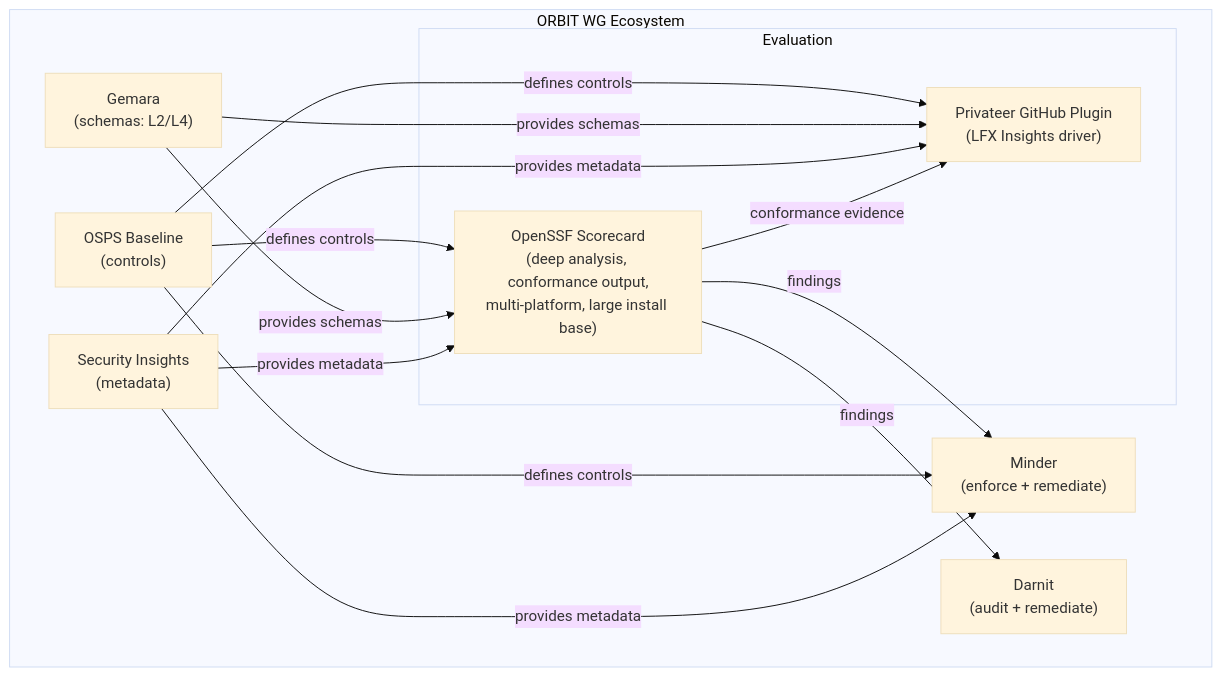
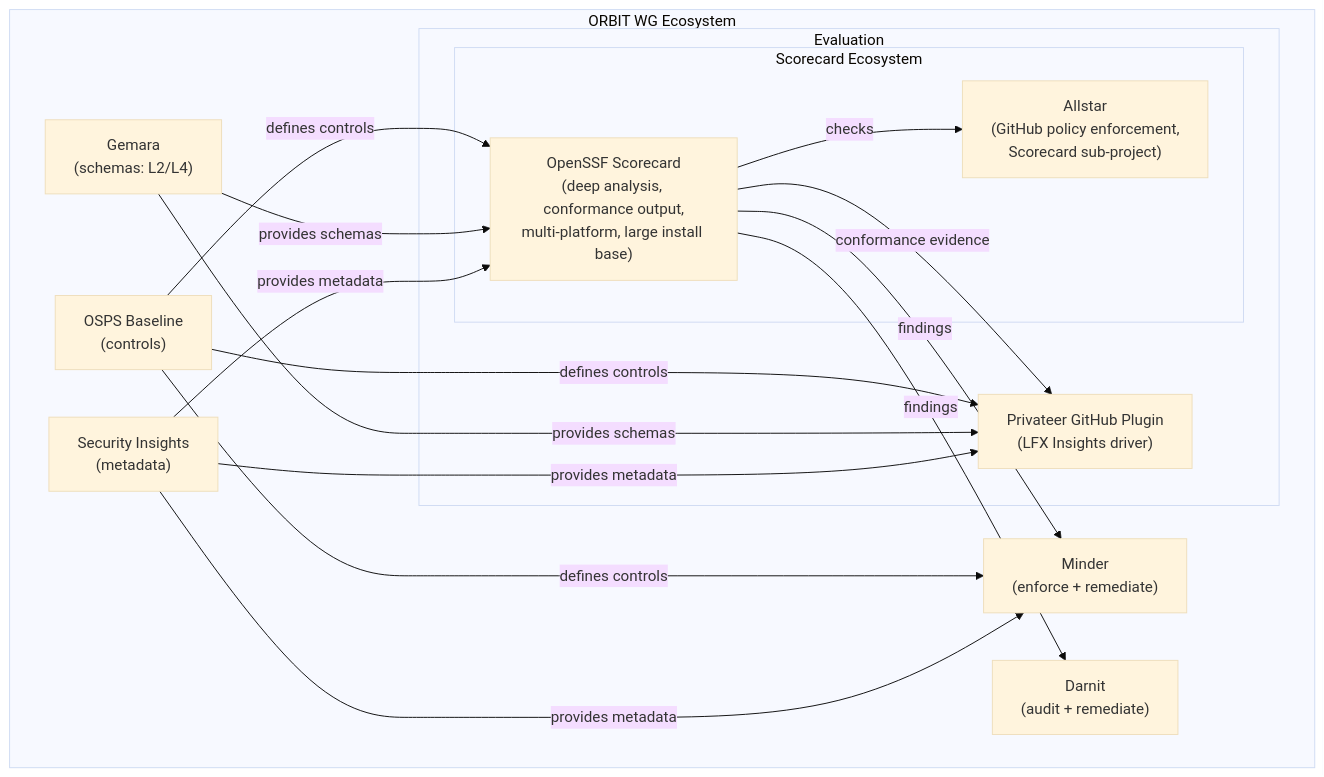
One commit to ossf/scorecard changed the second of 2 diagrams in openspec/changes/osps-baseline-conformance/proposal.md. Above: the diagram before and after it, drawn with Mermaid (base theme). The commit also changed other lines of this file and 1 other file, not shown here.

First line of the commit message:
:seedling: Add Allstar to ecosystem comparison and ORBIT diagram; add CQ-16

````diff
--- a/openspec/changes/osps-baseline-conformance/proposal.md
+++ b/openspec/changes/osps-baseline-conformance/proposal.md
@@ -198,28 +200,32 @@
 ```mermaid
 flowchart TD
     subgraph ORBIT["ORBIT WG Ecosystem"]
         Baseline["OSPS Baseline<br/>(controls)"]
         Gemara["Gemara<br/>(schemas: L2/L4)"]
         SI["Security Insights<br/>(metadata)"]
 
         subgraph Evaluation["Evaluation"]
             Privateer["Privateer GitHub Plugin<br/>(LFX Insights driver)"]
-            Scorecard["OpenSSF Scorecard<br/>(deep analysis, conformance output,<br/>multi-platform, large install base)"]
+            subgraph ScorecardEcosystem["Scorecard Ecosystem"]
+                Scorecard["OpenSSF Scorecard<br/>(deep analysis, conformance output,<br/>multi-platform, large install base)"]
+                Allstar["Allstar<br/>(GitHub policy enforcement,<br/>Scorecard sub-project)"]
+            end
         end
 
         Minder["Minder<br/>(enforce + remediate)"]
         Darnit["Darnit<br/>(audit + remediate)"]
     end
 
     Baseline -->|defines controls| Privateer
     Baseline -->|defines controls| Scorecard
     Baseline -->|defines controls| Minder
     Gemara -->|provides schemas| Privateer
     Gemara -->|provides schemas| Scorecard
     SI -->|provides metadata| Privateer
     SI -->|provides metadata| Scorecard
     SI -->|provides metadata| Minder
+    Scorecard -->|checks| Allstar
     Scorecard -->|conformance evidence| Privateer
     Scorecard -->|findings| Minder
     Scorecard -->|findings| Darnit
 ```
````
